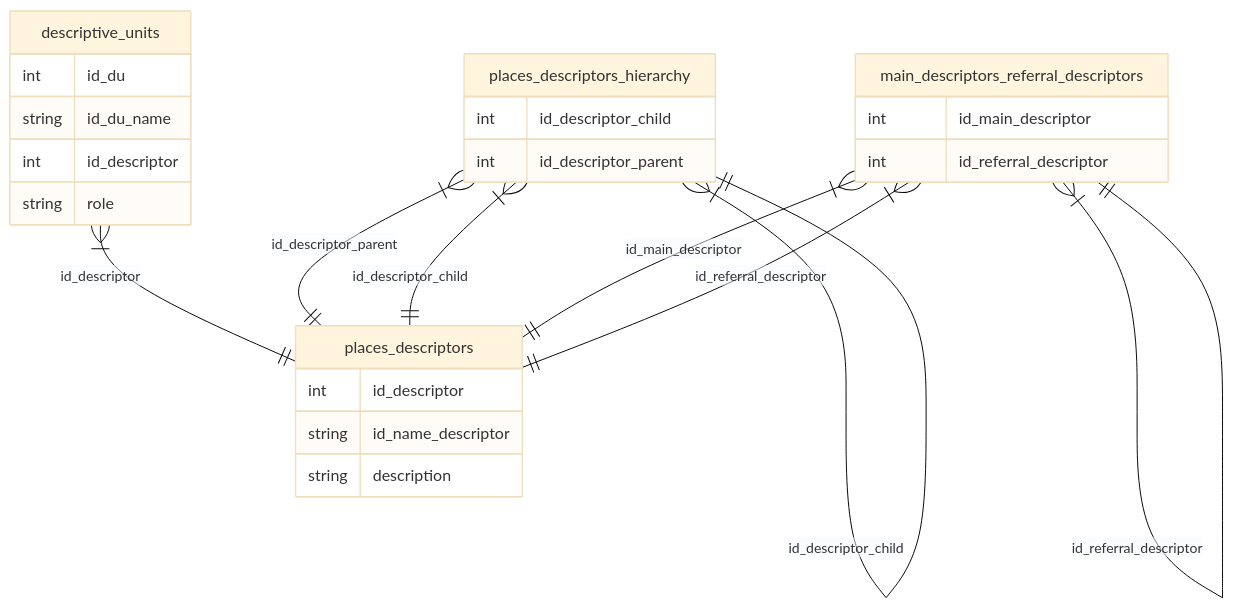
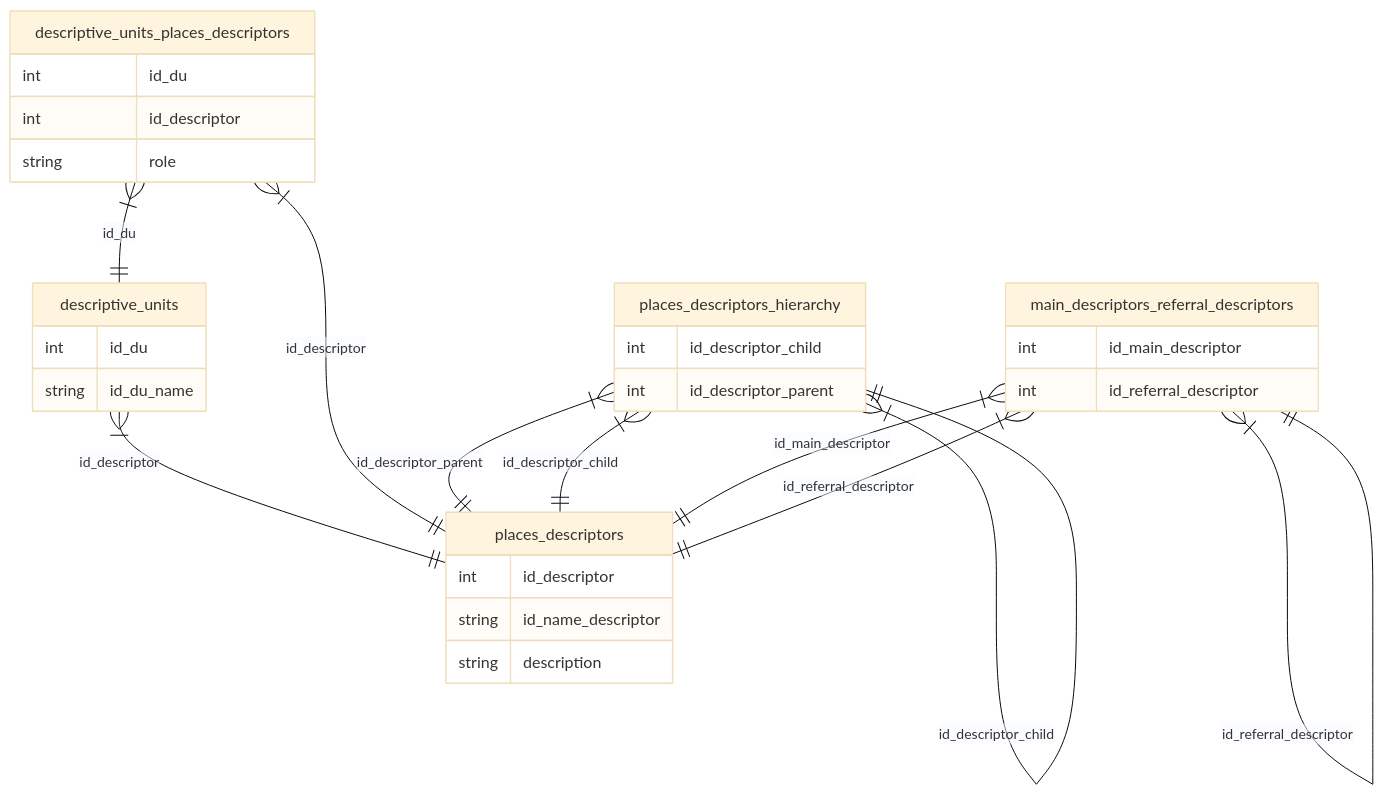
The diagram in data/README.md (burgerbibliothek/glamhack26), drawn with Mermaid (base theme) before and after one commit. The commit also changed 2 other files, not shown here.

Commit message:
normalizing of descriptive units table

````diff
--- a/data/README.md
+++ b/data/README.md
@@ -7,29 +7,34 @@
 ```mermaid
 erDiagram
     descriptive_units }|--|| places_descriptors : id_descriptor
+    descriptive_units_places_descriptors }|--|| descriptive_units : id_du
+    descriptive_units_places_descriptors }|--|| places_descriptors : id_descriptor
     places_descriptors_hierarchy }|--|| places_descriptors : id_descriptor_parent
     places_descriptors_hierarchy }|--|| places_descriptors : id_descriptor_child
     places_descriptors_hierarchy }|--|| places_descriptors_hierarchy : id_descriptor_child
     main_descriptors_referral_descriptors }|--|| places_descriptors : id_main_descriptor
     main_descriptors_referral_descriptors }|--|| places_descriptors : id_referral_descriptor
     main_descriptors_referral_descriptors }|--|| main_descriptors_referral_descriptors : id_referral_descriptor
     descriptive_units {
         int id_du
         string id_du_name
+    }
+    descriptive_units_places_descriptors {
+        int id_du
         int id_descriptor
         string role
     }
     places_descriptors {
         int id_descriptor
         string id_name_descriptor
         string description
     }
     main_descriptors_referral_descriptors{
         int id_main_descriptor
         int id_referral_descriptor
     }
     places_descriptors_hierarchy{
         int id_descriptor_child
         int id_descriptor_parent
     }
 ```
````
